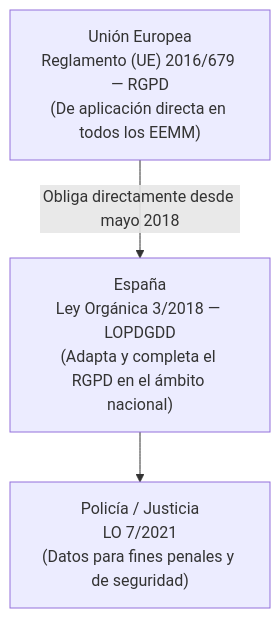
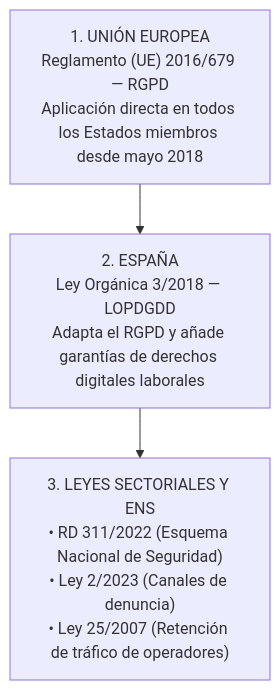
Before and after one commit to JohnDSil/apuntes_asir: the first of 6 diagrams in docs/2-curso/sad/05-marco-legal-rgpd-aepd.md, drawn with Mermaid. The commit also changed other lines of this file and 5 other files, not shown here.

````diff
--- a/docs/2-curso/sad/05-marco-legal-rgpd-aepd.md
+++ b/docs/2-curso/sad/05-marco-legal-rgpd-aepd.md
@@ -11,9 +28,8 @@
 ```mermaid
 flowchart TD
-    EU["Unión Europea\nReglamento (UE) 2016/679 — RGPD\n(De aplicación directa en todos los EEMM)"]
-    ES["España\nLey Orgánica 3/2018 — LOPDGDD\n(Adapta y completa el RGPD en el ámbito nacional)"]
-    POL["Policía / Justicia\nLO 7/2021\n(Datos para fines penales y de seguridad)"]
+    EU["1. UNIÓN EUROPEA\nReglamento (UE) 2016/679 — RGPD\nAplicación directa en todos los Estados miembros desde mayo 2018"]
+    ES["2. ESPAÑA\nLey Orgánica 3/2018 — LOPDGDD\nAdapta el RGPD y añade garantías de derechos digitales laborales"]
+    SECT["3. LEYES SECTORIALES Y ENS\n• RD 311/2022 (Esquema Nacional de Seguridad)\n• Ley 2/2023 (Canales de denuncia)\n• Ley 25/2007 (Retención de tráfico de operadores)"]
 
-    EU -->|"Obliga directamente desde mayo 2018"| ES
-    ES --> POL
+    EU --> ES --> SECT
 ```
````
